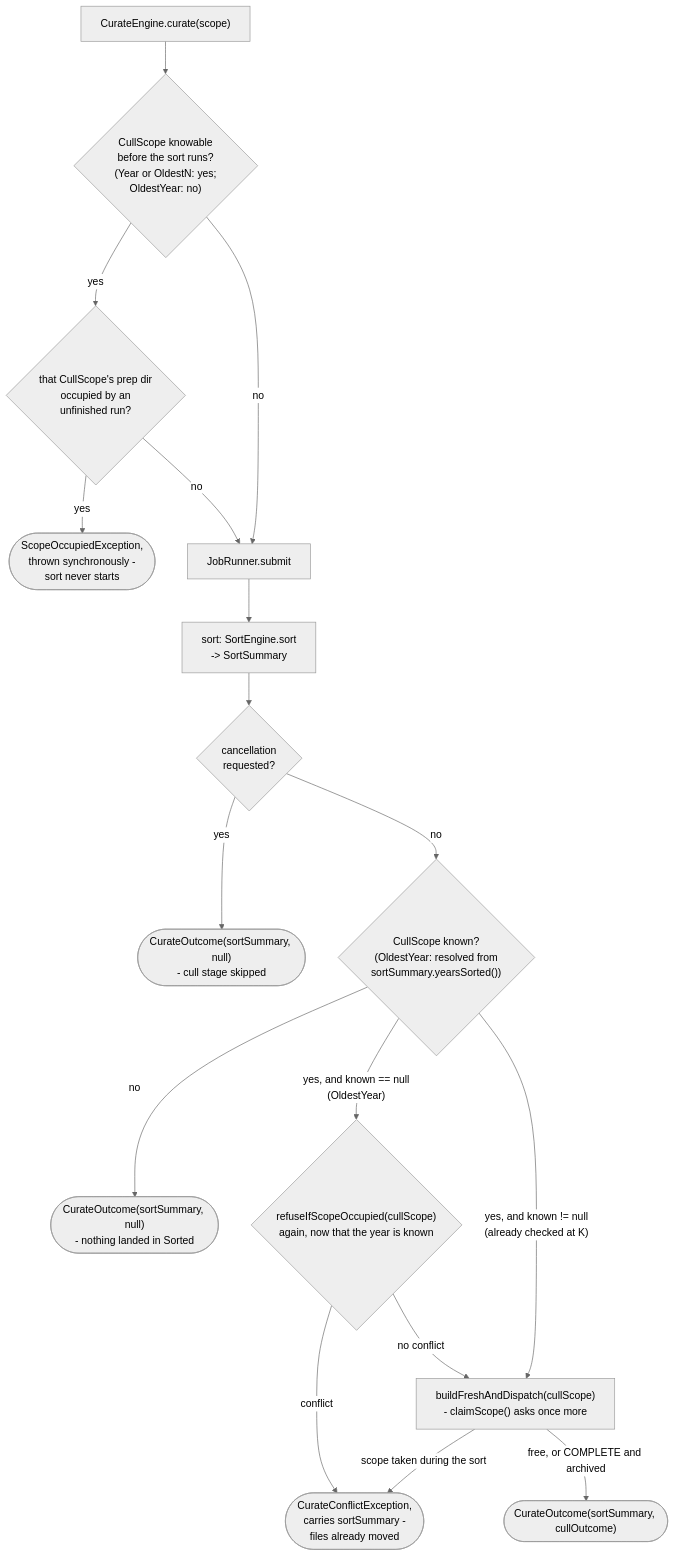
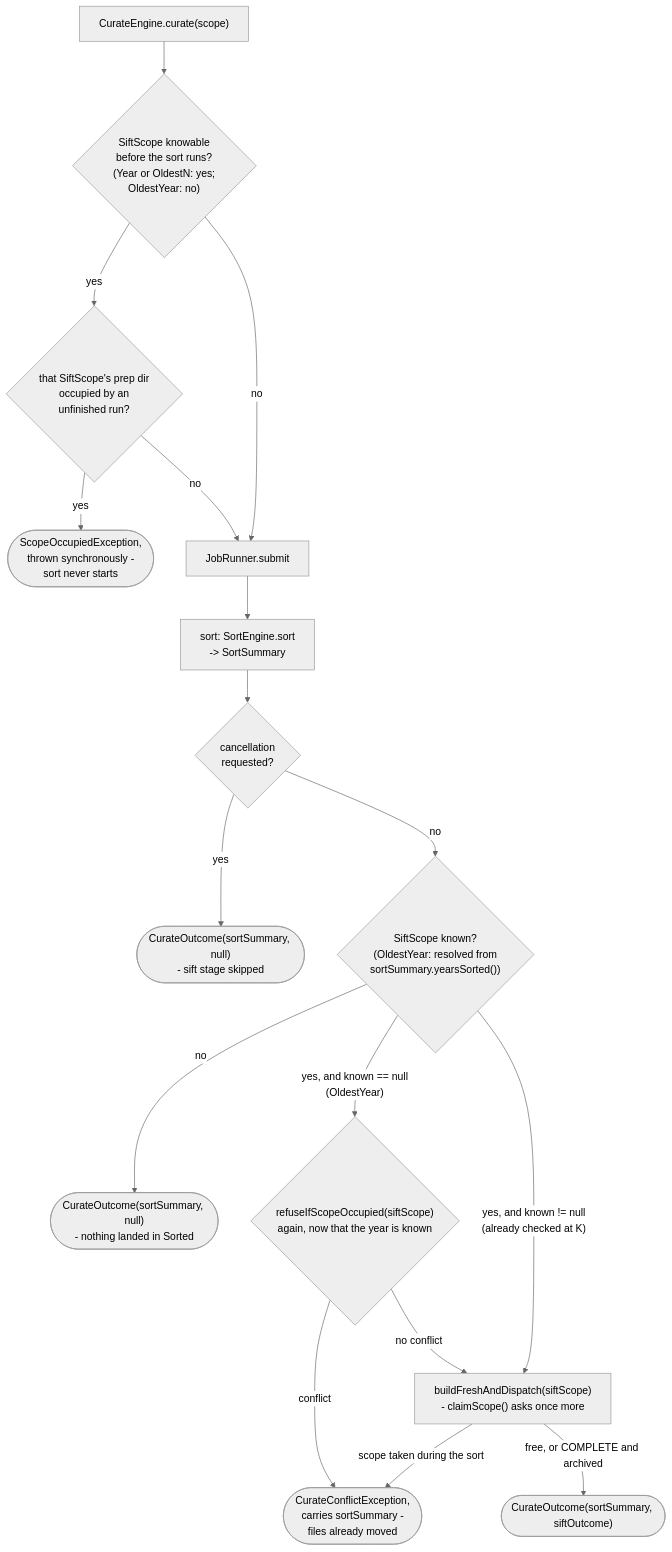
The diagram in app/docs/design/application/service/curate-engine.md (AdrianNachev91/sluice), drawn with Mermaid (neutral theme) before and after one commit. The commit also changed other lines of this file and 379 other files, not shown here.

First line of the commit message:
refactor(sift): cull becomes sift, and the vision port becomes a sieve

````diff
--- a/app/docs/design/application/service/curate-engine.md
+++ b/app/docs/design/application/service/curate-engine.md
@@ -54,19 +54,19 @@
 ```mermaid
 flowchart TD
-    A["CurateEngine.curate(scope)"] --> K{"CullScope knowable<br/>before the sort runs?<br/>(Year or OldestN: yes;<br/>OldestYear: no)"}
-    K -- " yes " --> KW{"that CullScope's prep dir<br/>occupied by an<br/>unfinished run?"}
+    A["CurateEngine.curate(scope)"] --> K{"SiftScope knowable<br/>before the sort runs?<br/>(Year or OldestN: yes;<br/>OldestYear: no)"}
+    K -- " yes " --> KW{"that SiftScope's prep dir<br/>occupied by an<br/>unfinished run?"}
     KW -- " yes " --> KZ(["ScopeOccupiedException,<br/>thrown synchronously -<br/>sort never starts"])
     KW -- " no " --> B["JobRunner.submit"]
     K -- " no " --> B
     B --> S["sort: SortEngine.sort<br/>-> SortSummary"]
     S --> C{"cancellation<br/>requested?"}
-    C -- " yes " --> CZ(["CurateOutcome(sortSummary, null)<br/>- cull stage skipped"])
-    C -- " no " --> R{"CullScope known?<br/>(OldestYear: resolved from<br/>sortSummary.yearsSorted())"}
+    C -- " yes " --> CZ(["CurateOutcome(sortSummary, null)<br/>- sift stage skipped"])
+    C -- " no " --> R{"SiftScope known?<br/>(OldestYear: resolved from<br/>sortSummary.yearsSorted())"}
     R -- " no " --> RZ(["CurateOutcome(sortSummary, null)<br/>- nothing landed in Sorted"])
-    R -- " yes, and known == null<br/>(OldestYear) " --> OC{"refuseIfScopeOccupied(cullScope)<br/>again, now that the year is known"}
+    R -- " yes, and known == null<br/>(OldestYear) " --> OC{"refuseIfScopeOccupied(siftScope)<br/>again, now that the year is known"}
     OC -- " conflict " --> OCZ(["CurateConflictException,<br/>carries sortSummary -<br/>files already moved"])
-    OC -- " no conflict " --> BD["buildFreshAndDispatch(cullScope)<br/>- claimScope() asks once more"]
+    OC -- " no conflict " --> BD["buildFreshAndDispatch(siftScope)<br/>- claimScope() asks once more"]
     R -- " yes, and known != null<br/>(already checked at K) " --> BD
     BD -- " scope taken during the sort " --> OCZ
-    BD -- " free, or COMPLETE and archived " --> APP(["CurateOutcome(sortSummary, cullOutcome)"])
+    BD -- " free, or COMPLETE and archived " --> APP(["CurateOutcome(sortSummary, siftOutcome)"])
 ```
````
